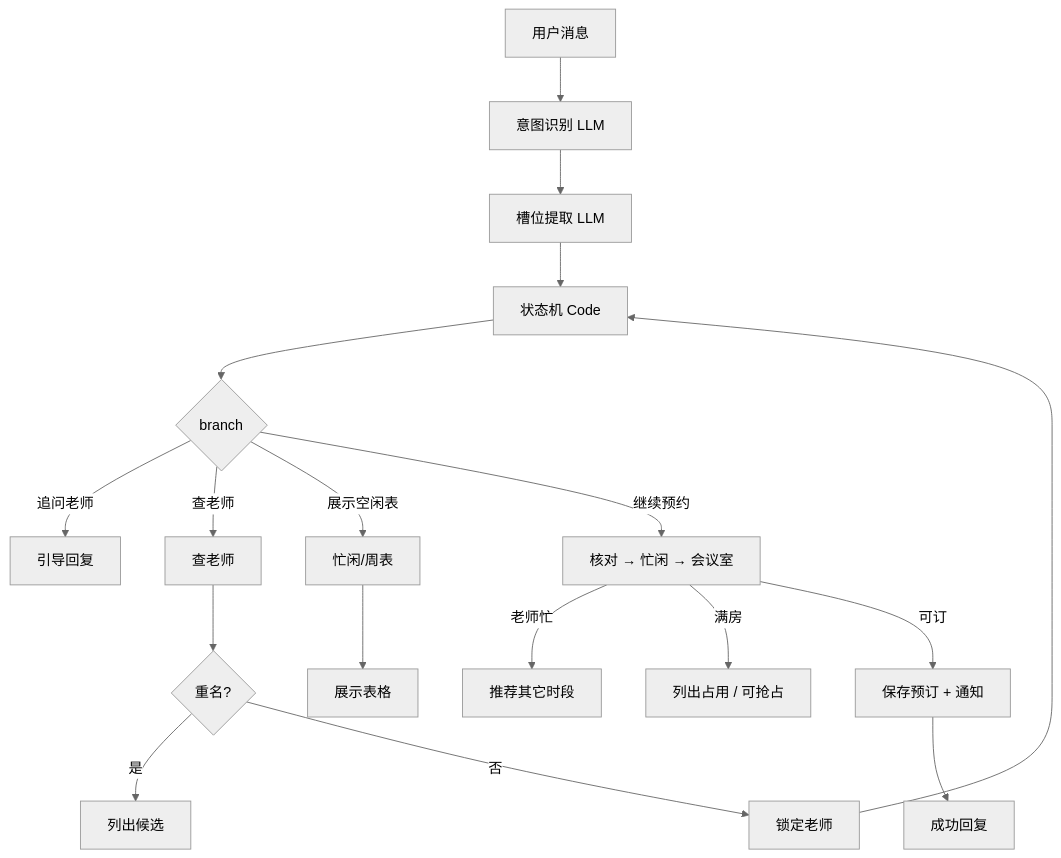
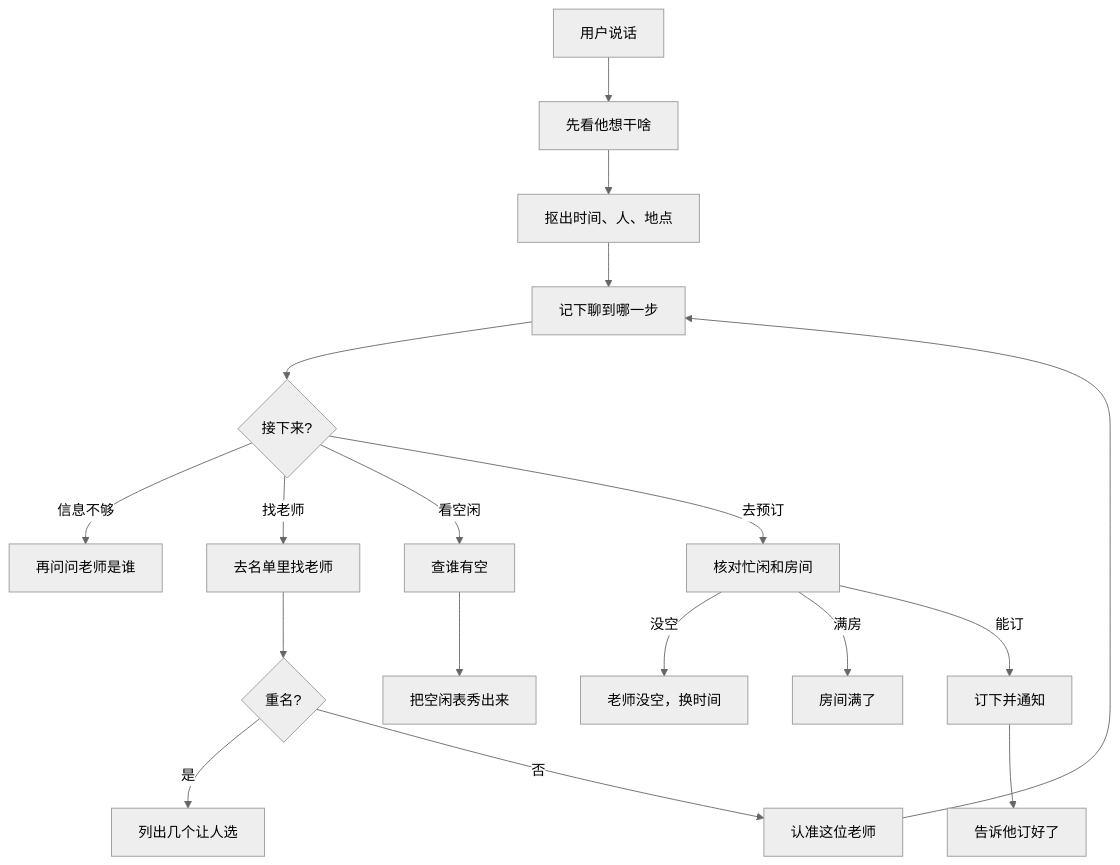
One commit to gogogo-a/Agent-Portfolio changed the diagram in projects/meeting-assistant/diagrams/workflow.md. Above: the diagram before and after it, drawn with Mermaid (neutral theme). The commit also changed other lines of this file and 15 other files, not shown here.

Commit message:
文档：首页挂上会议、问答、切段、工作票流程图

````diff
--- a/projects/meeting-assistant/diagrams/workflow.md
+++ b/projects/meeting-assistant/diagrams/workflow.md
@@ -3,20 +3,20 @@
 ```mermaid
 flowchart TD
-    U[用户消息] --> I[意图识别 LLM]
-    I --> S[槽位提取 LLM]
-    S --> M[状态机 Code]
-    M --> R{branch}
-    R -->|追问老师| A1[引导回复]
-    R -->|查老师| T[查老师]
+    U[用户说话] --> I[先看他想干啥]
+    I --> S[抠出时间、人、地点]
+    S --> M[记下聊到哪一步]
+    M --> R{接下来?}
+    R -->|信息不够| A1[再问问老师是谁]
+    R -->|找老师| T[去名单里找老师]
     T --> D{重名?}
-    D -->|是| A2[列出候选]
-    D -->|否| L[锁定老师]
-    R -->|展示空闲表| W[忙闲/周表]
-    R -->|继续预约| C[核对 → 忙闲 → 会议室]
-    C -->|老师忙| A3[推荐其它时段]
-    C -->|满房| A4[列出占用 / 可抢占]
-    C -->|可订| B[保存预订 + 通知]
+    D -->|是| A2[列出几个让人选]
+    D -->|否| L[认准这位老师]
+    R -->|看空闲| W[查谁有空]
+    R -->|去预订| C[核对忙闲和房间]
+    C -->|没空| A3[老师没空，换时间]
+    C -->|满房| A4[房间满了]
+    C -->|能订| B[订下并通知]
     L --> M
-    W --> A5[展示表格]
-    B --> OK[成功回复]
+    W --> A5[把空闲表秀出来]
+    B --> OK[告诉他订好了]
 ```
````
